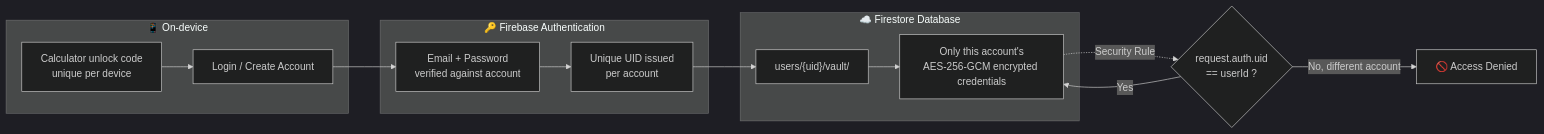
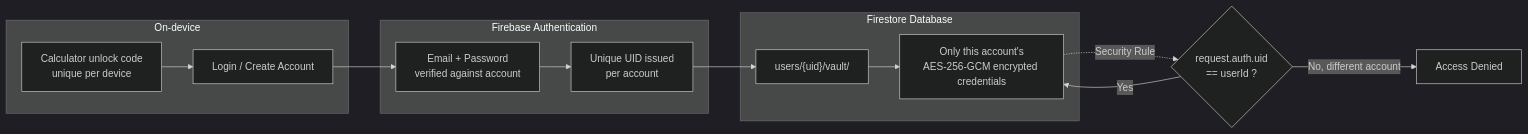
The second of 2 diagrams in README.md (LahcenChehabi/CipherMatrix), drawn with Mermaid (dark theme) before and after one commit. The commit also changed other lines of this file, not shown here.

````diff
--- a/README.md
+++ b/README.md
@@ -101,20 +101,20 @@
 ```mermaid
 flowchart LR
-    subgraph Device["📱 On-device"]
+    subgraph Device["On-device"]
         A[Calculator unlock code<br/>unique per device] --> B[Login / Create Account]
     end
 
-    subgraph FirebaseAuth["🔑 Firebase Authentication"]
+    subgraph FirebaseAuth["Firebase Authentication"]
         B --> C[Email + Password<br/>verified against account]
         C --> D[Unique UID issued<br/>per account]
     end
 
-    subgraph Firestore["☁️ Firestore Database"]
+    subgraph Firestore["Firestore Database"]
         D --> E["users/{uid}/vault/"]
         E --> F[Only this account's<br/>AES-256-GCM encrypted credentials]
     end
 
     F -.->|Security Rule| G{"request.auth.uid<br/>== userId ?"}
     G -->|Yes| F
-    G -->|No, different account| H[🚫 Access Denied]
+    G -->|No, different account| H[Access Denied]
 ```
````
